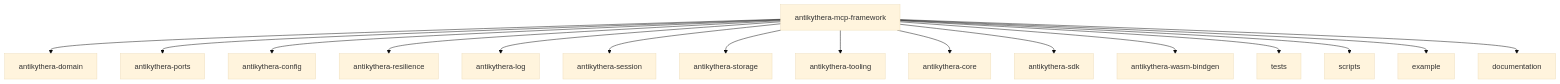
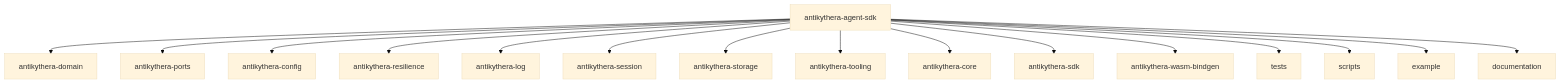
The first of 2 diagrams in documentation/WORKSPACE.md (tsfarizi/antikythera-mcp-framework), drawn with Mermaid (base theme) before and after one commit. The commit also changed 7 other files, not shown here.

Commit message:
refactor: rename all antikythera-mcp-framework references to antikythera-agent-sdk

````diff
--- a/documentation/WORKSPACE.md
+++ b/documentation/WORKSPACE.md
@@ -7,19 +7,19 @@
 ```mermaid
 flowchart TD
-    ROOT[antikythera-mcp-framework]
+    ROOT[antikythera-agent-sdk]
     ROOT --> DOMAIN[antikythera-domain]
     ROOT --> PORTS[antikythera-ports]
     ROOT --> CONFIG[antikythera-config]
     ROOT --> RESILIENCE[antikythera-resilience]
     ROOT --> LOG[antikythera-log]
     ROOT --> SESSION[antikythera-session]
     ROOT --> STORAGE[antikythera-storage]
     ROOT --> TOOLING[antikythera-tooling]
     ROOT --> CORE[antikythera-core]
     ROOT --> SDK[antikythera-sdk]
     ROOT --> WASM_BINDGEN[antikythera-wasm-bindgen]
     ROOT --> TESTS[tests]
     ROOT --> SCRIPTS[scripts]
     ROOT --> EXAMPLES[example]
     ROOT --> DOCS[documentation]
 ```
````
